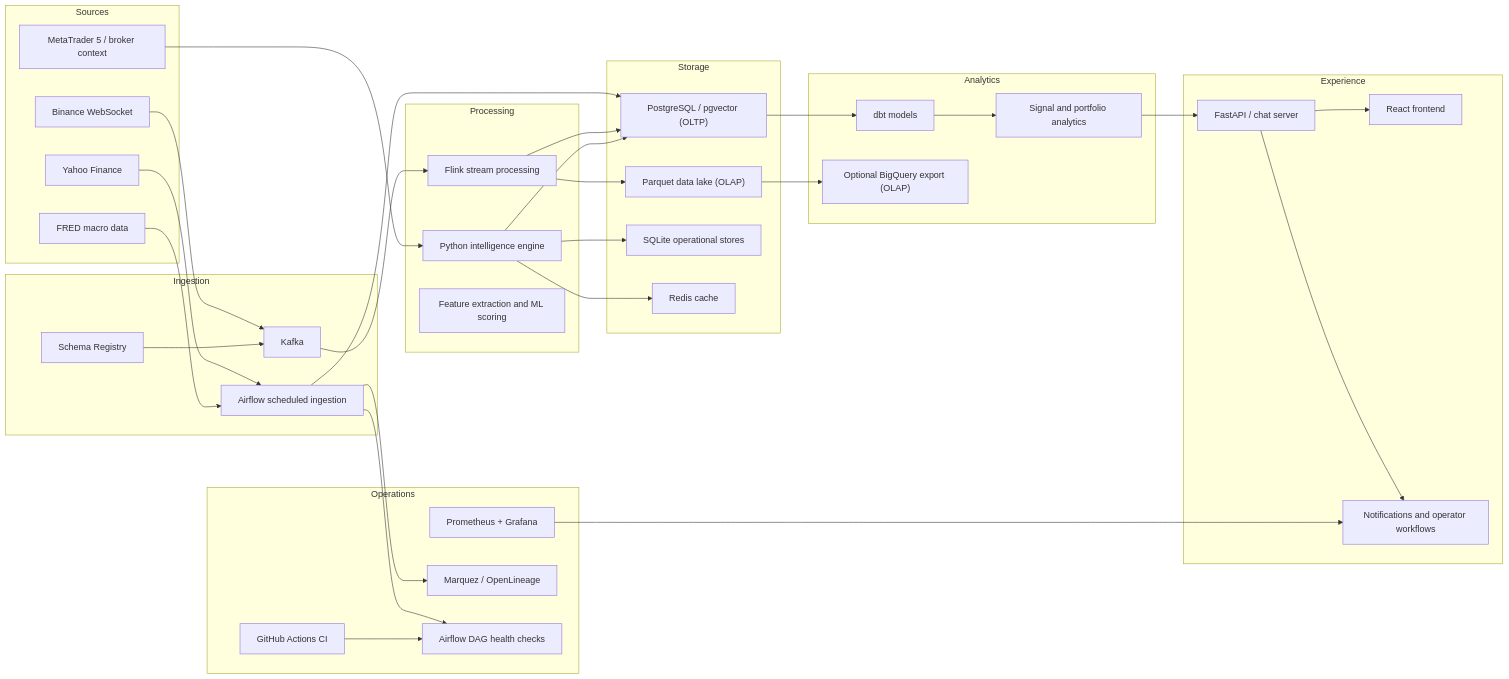
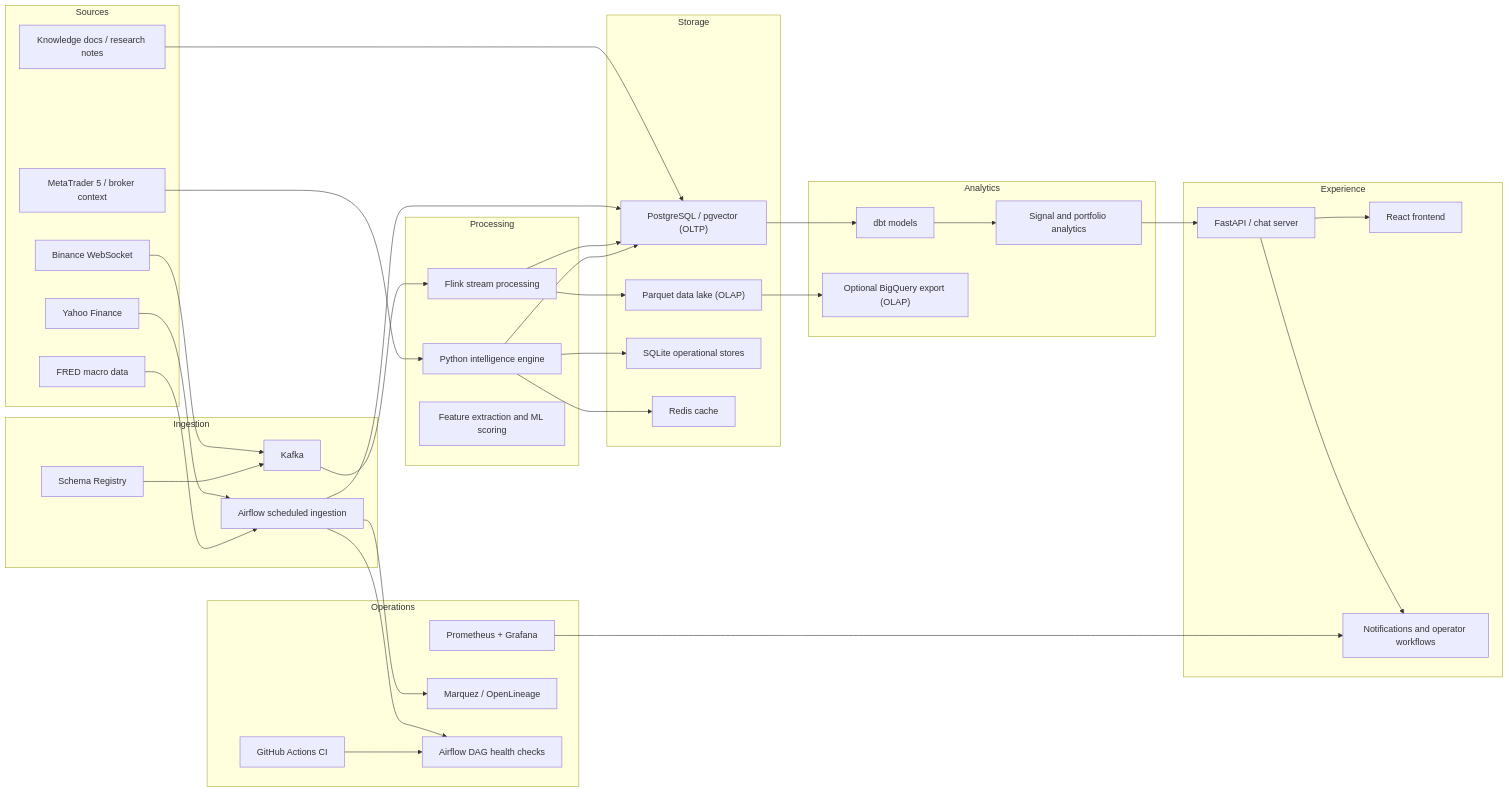
One commit to NateviratYungram/crypto-stream-ai changed the second of 4 diagrams in README.md. Above: the diagram before and after it, drawn with Mermaid. The commit also changed other lines of this file and 278 other files, not shown here.

````diff
--- a/README.md
+++ b/README.md
@@ -82,70 +84,72 @@
 ```mermaid
 flowchart LR
     subgraph Sources
         A1["Binance WebSocket"]
         A2["Yahoo Finance"]
         A3["FRED macro data"]
         A4["MetaTrader 5 / broker context"]
+        A5["Knowledge docs / research notes"]
     end
 
     subgraph Ingestion
         B1["Kafka"]
         B2["Schema Registry"]
         B3["Airflow scheduled ingestion"]
     end
 
     subgraph Processing
         C1["Flink stream processing"]
         C2["Python intelligence engine"]
         C3["Feature extraction and ML scoring"]
     end
 
     subgraph Storage
         D1["PostgreSQL / pgvector (OLTP)"]
         D2["Parquet data lake (OLAP)"]
         D3["SQLite operational stores"]
         D4["Redis cache"]
     end
 
     subgraph Analytics
         E1["dbt models"]
         E2["Optional BigQuery export (OLAP)"]
         E3["Signal and portfolio analytics"]
     end
 
     subgraph Experience
         F1["React frontend"]
         F2["FastAPI / chat server"]
         F3["Notifications and operator workflows"]
     end
 
     subgraph Operations
         G1["GitHub Actions CI"]
         G2["Prometheus + Grafana"]
         G3["Marquez / OpenLineage"]
         G4["Airflow DAG health checks"]
     end
 
     A1 --> B1
     A2 --> B3
     A3 --> B3
     A4 --> C2
+    A5 --> D1
     B2 --> B1
     B1 --> C1
     B3 --> D1
     C1 --> D1
     C1 --> D2
     C2 --> D1
     C2 --> D3
     C2 --> D4
     D1 --> E1
     D2 --> E2
     E1 --> E3
     E3 --> F2
     F2 --> F1
     F2 --> F3
     B3 --> G4
     B3 --> G3
     G1 --> G4
     G2 --> F3
 ```
````
